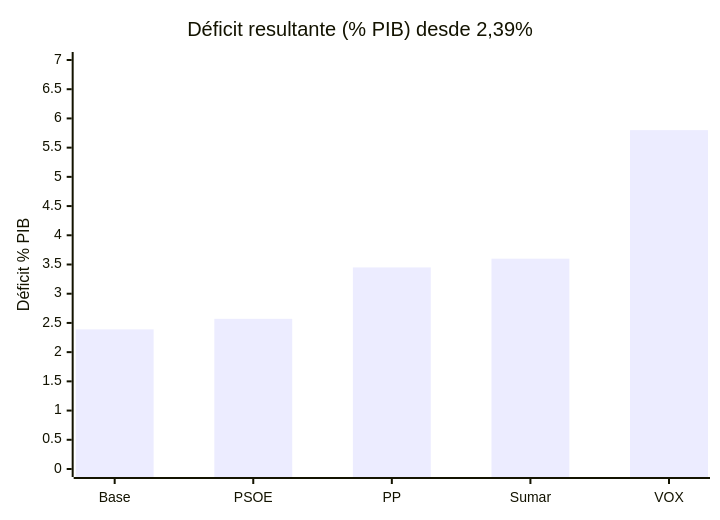
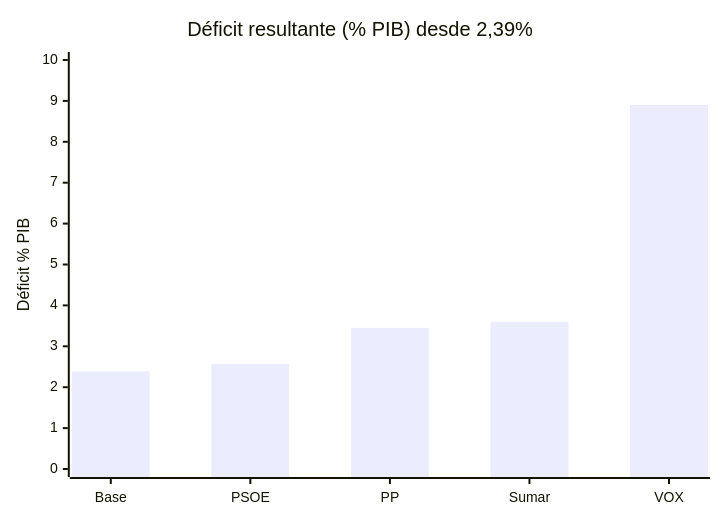
Before and after one commit to tcpsheep/elecciones-29n-propuestas-vox-psoe-pp-sumar: the diagram in README.md, drawn with Mermaid. The commit also changed other lines of this file and 11 other files, not shown here.

````diff
--- a/README.md
+++ b/README.md
@@ -12,7 +12,7 @@
 ```mermaid
 xychart-beta
   title "Déficit resultante (% PIB) desde 2,39%"
   x-axis ["Base", "PSOE", "PP", "Sumar", "VOX"]
-  y-axis "Déficit % PIB" 0 --> 7
-  bar [2.39, 2.57, 3.45, 3.6, 5.8]
+  y-axis "Déficit % PIB" 0 --> 10
+  bar [2.39, 2.57, 3.45, 3.6, 8.9]
 ```
````
